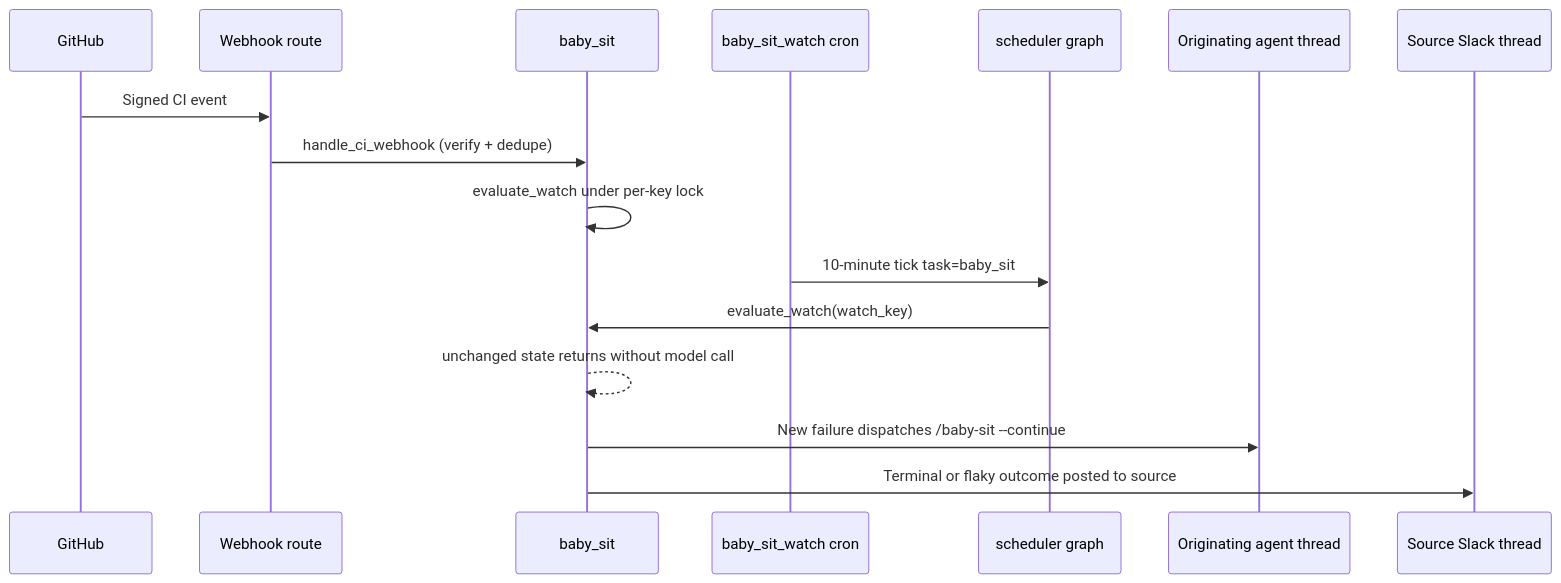
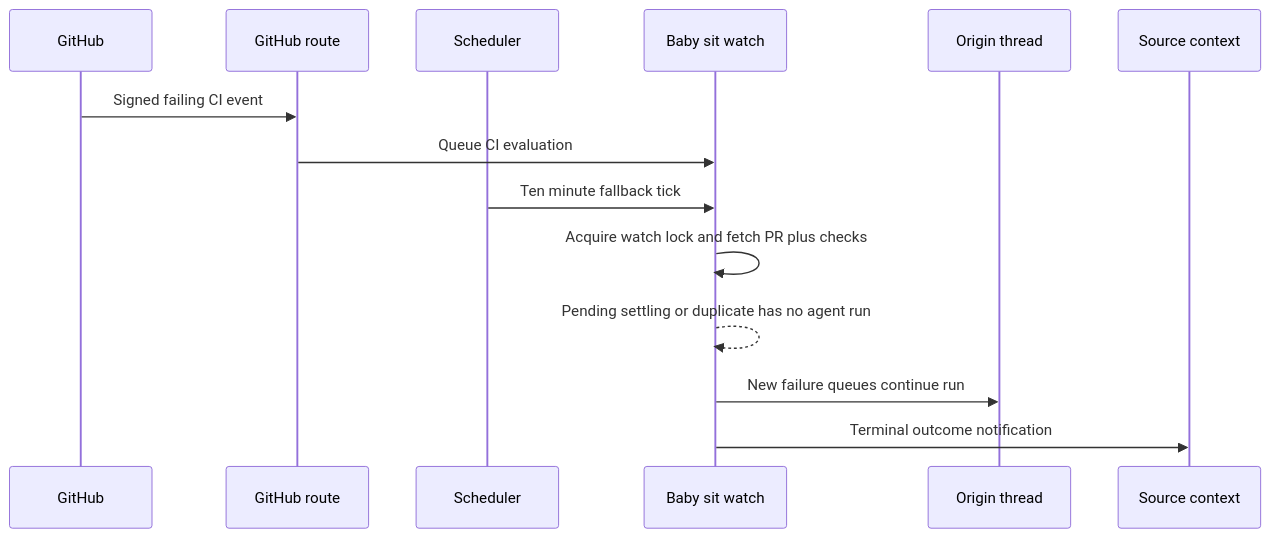
The second of 2 diagrams in openwiki/workflows/scheduling-and-baby-sit.md (langchain-ai/open-swe), drawn with Mermaid before and after one commit. The commit also changed other lines of this file and 52 other files, not shown here.

````diff
--- a/openwiki/workflows/scheduling-and-baby-sit.md
+++ b/openwiki/workflows/scheduling-and-baby-sit.md
@@ -203,19 +116,17 @@
 ```mermaid
 sequenceDiagram
-  participant GH as GitHub
-  participant Hook as Webhook route
-  participant Baby as baby_sit
-  participant Cron as baby_sit_watch cron
-  participant Sched as scheduler graph
-  participant Agent as Originating agent thread
-  participant Src as Source Slack thread
+  participant GitHub
+  participant Route as GitHub route
+  participant Scheduler
+  participant Watch as Baby sit watch
+  participant Agent as Origin thread
+  participant Source as Source context
 
-  GH->>Hook: Signed CI event
-  Hook->>Baby: handle_ci_webhook (verify + dedupe)
-  Baby->>Baby: evaluate_watch under per-key lock
-  Cron->>Sched: 10-minute tick task=baby_sit
-  Sched->>Baby: evaluate_watch(watch_key)
-  Baby-->>Baby: unchanged state returns without model call
-  Baby->>Agent: New failure dispatches /baby-sit --continue
-  Baby->>Src: Terminal or flaky outcome posted to source
+  GitHub->>Route: Signed failing CI event
+  Route->>Watch: Queue CI evaluation
+  Scheduler->>Watch: Ten minute fallback tick
+  Watch->>Watch: Acquire watch lock and fetch PR plus checks
+  Watch-->>Watch: Pending settling or duplicate has no agent run
+  Watch->>Agent: New failure queues continue run
+  Watch->>Source: Terminal outcome notification
 ```
````
